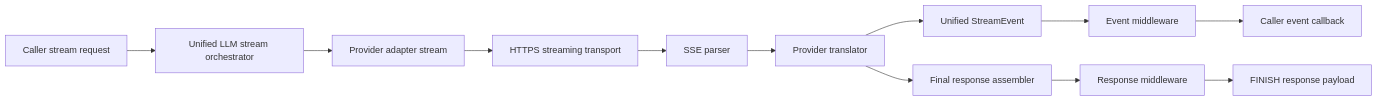
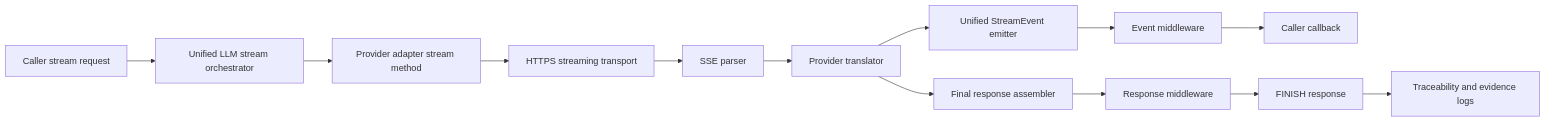
Before and after one commit to jaytaylor/attractor-tcl: the fourth of 5 diagrams in docs/sprints/SPRINT-005-comprehensive-implementation-plan.md, drawn with Mermaid. The commit also changed other lines of this file, not shown here.

````diff
--- a/docs/sprints/SPRINT-005-comprehensive-implementation-plan.md
+++ b/docs/sprints/SPRINT-005-comprehensive-implementation-plan.md
@@ -1078,14 +921,15 @@
 ```mermaid
 flowchart LR
   A[Caller stream request] --> B[Unified LLM stream orchestrator]
-  B --> C[Provider adapter stream]
+  B --> C[Provider adapter stream method]
   C --> D[HTTPS streaming transport]
   D --> E[SSE parser]
   E --> F[Provider translator]
-  F --> G[Unified StreamEvent]
+  F --> G[Unified StreamEvent emitter]
   G --> H[Event middleware]
-  H --> I[Caller event callback]
+  H --> I[Caller callback]
   F --> J[Final response assembler]
   J --> K[Response middleware]
-  K --> L[FINISH response payload]
+  K --> L[FINISH response]
+  L --> M[Traceability and evidence logs]
 ```
````
